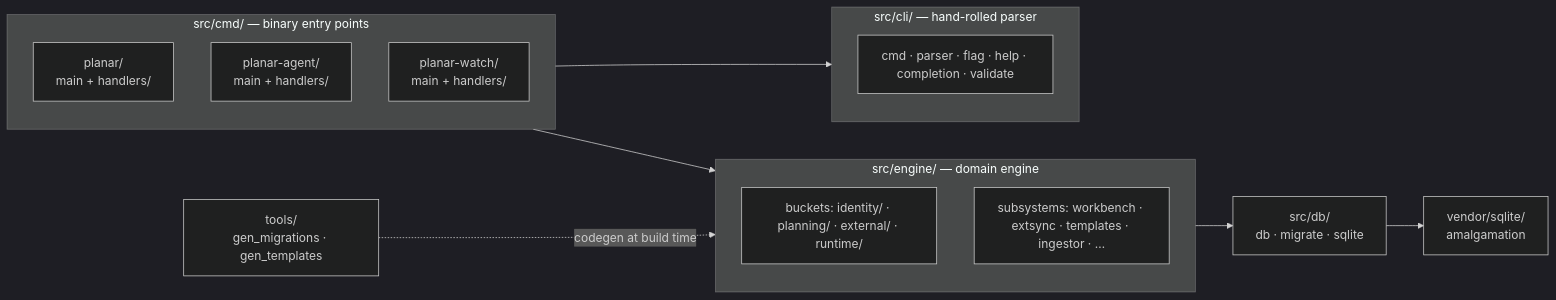
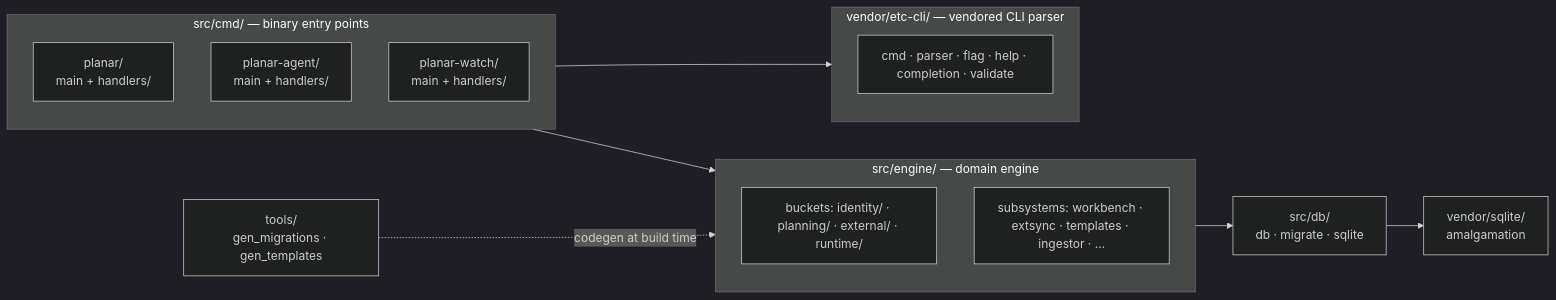
The second of 2 diagrams in docs/architecture.md (rdrsss/planar), drawn with Mermaid (dark theme) before and after one commit. The commit also changed other lines of this file and 34 other files, not shown here.

````diff
--- a/docs/architecture.md
+++ b/docs/architecture.md
@@ -163,27 +163,27 @@
 ```mermaid
 flowchart LR
     subgraph CMD["src/cmd/ — binary entry points"]
         P["planar/<br/>main + handlers/"]
         PA["planar-agent/<br/>main + handlers/"]
         PW["planar-watch/<br/>main + handlers/"]
     end
 
-    subgraph CLI["src/cli/ — hand-rolled parser"]
+    subgraph CLI["vendor/etc-cli/ — vendored CLI parser"]
         CLI1["cmd · parser · flag · help · completion · validate"]
     end
 
     subgraph ENG["src/engine/ — domain engine"]
         EB["buckets: identity/ · planning/ · external/ · runtime/"]
         ES["subsystems: workbench · extsync · templates · ingestor · …"]
     end
 
     DBM["src/db/<br/>db · migrate · sqlite"]
     TOOLS["tools/<br/>gen_migrations · gen_templates"]
     VEND["vendor/sqlite/<br/>amalgamation"]
 
     CMD --> CLI
     CMD --> ENG
     ENG --> DBM
     DBM --> VEND
     TOOLS -.->|codegen at build time| ENG
 ```
````
